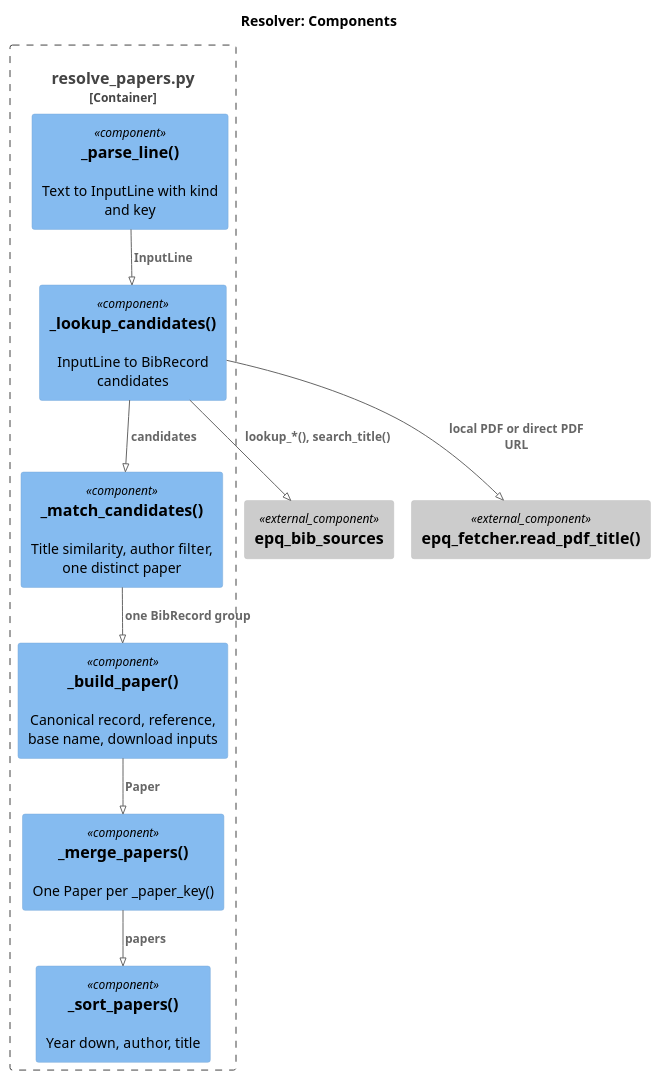
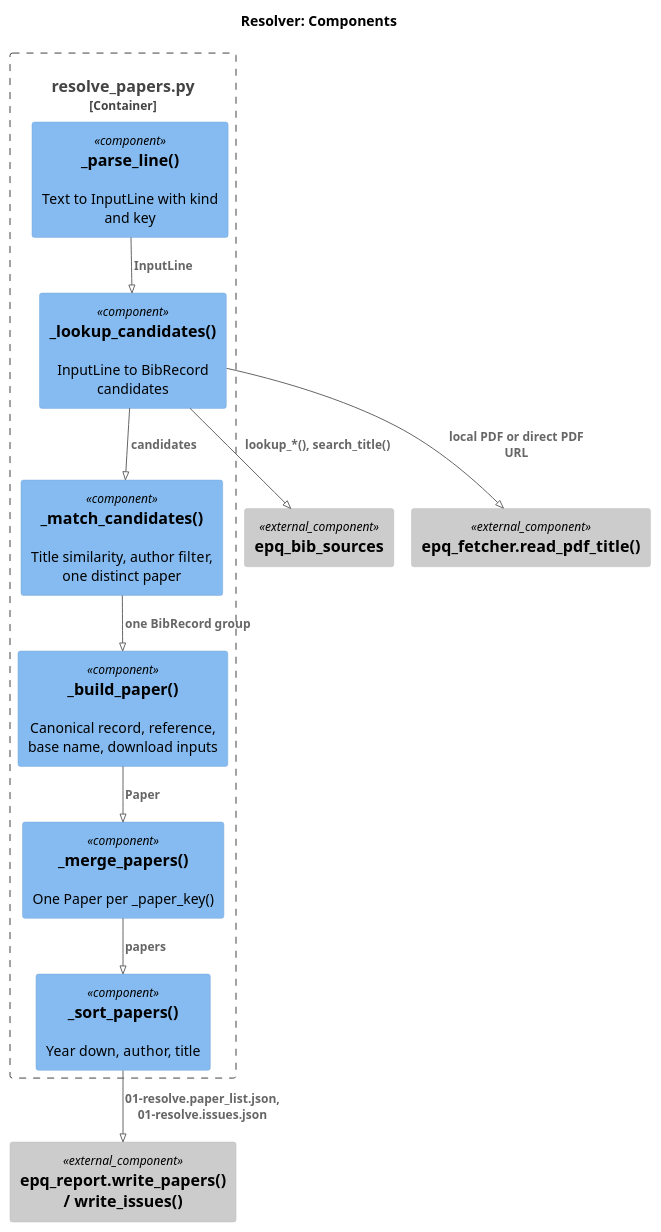
The diagram in research/Estimate_academic_paper_quality/docs/02.2-design.resolver.md (gpsaggese/gpsaggese.github.io), drawn with PlantUML before and after one commit. The commit also changed other lines of this file and 33 other files, not shown here.

````diff
--- a/research/Estimate_academic_paper_quality/docs/02.2-design.resolver.md
+++ b/research/Estimate_academic_paper_quality/docs/02.2-design.resolver.md
@@ -30,23 +34,25 @@
 ```plantuml
 !pragma layout smetana
 !include <C4/C4_Component>
 LAYOUT_TOP_DOWN()
 title Resolver: Components
 Container_Boundary(r, "resolve_papers.py") {
   Component(parse, "_parse_line()", "", "Text to InputLine with kind and key")
   Component(lookup, "_lookup_candidates()", "", "InputLine to BibRecord candidates")
   Component(match, "_match_candidates()", "", "Title similarity, author filter, one distinct paper")
   Component(build, "_build_paper()", "", "Canonical record, reference, base name, download inputs")
   Component(dedupe, "_merge_papers()", "", "One Paper per _paper_key()")
   Component(sort, "_sort_papers()", "", "Year down, author, title")
 }
 Component_Ext(bib, "epq_bib_sources", "", "")
 Component_Ext(fetch, "epq_fetcher.read_pdf_title()", "", "")
+Component_Ext(out, "epq_report.write_papers() / write_issues()", "", "")
 Rel(parse, lookup, "InputLine")
 Rel(lookup, bib, "lookup_*(), search_title()")
 Rel(lookup, fetch, "local PDF or direct PDF URL")
 Rel(lookup, match, "candidates")
 Rel(match, build, "one BibRecord group")
 Rel(build, dedupe, "Paper")
 Rel(dedupe, sort, "papers")
+Rel(sort, out, "01-resolve.paper_list.json, 01-resolve.issues.json")
 ```
````
